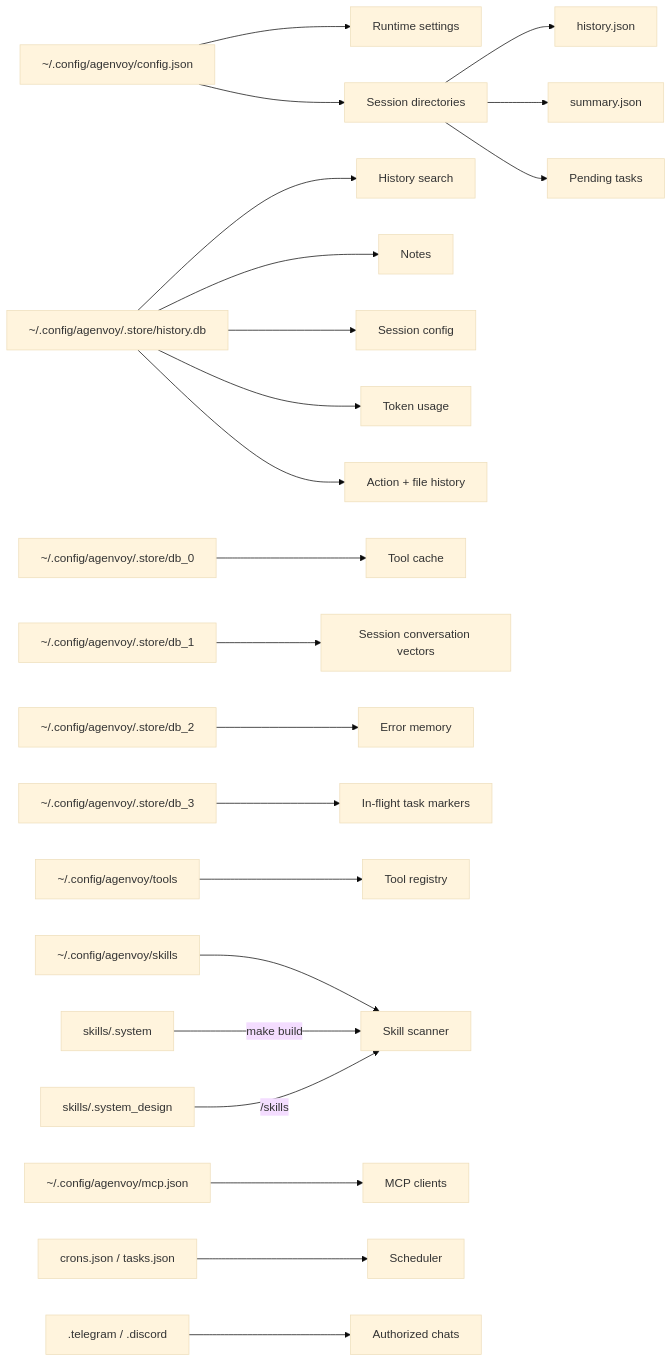
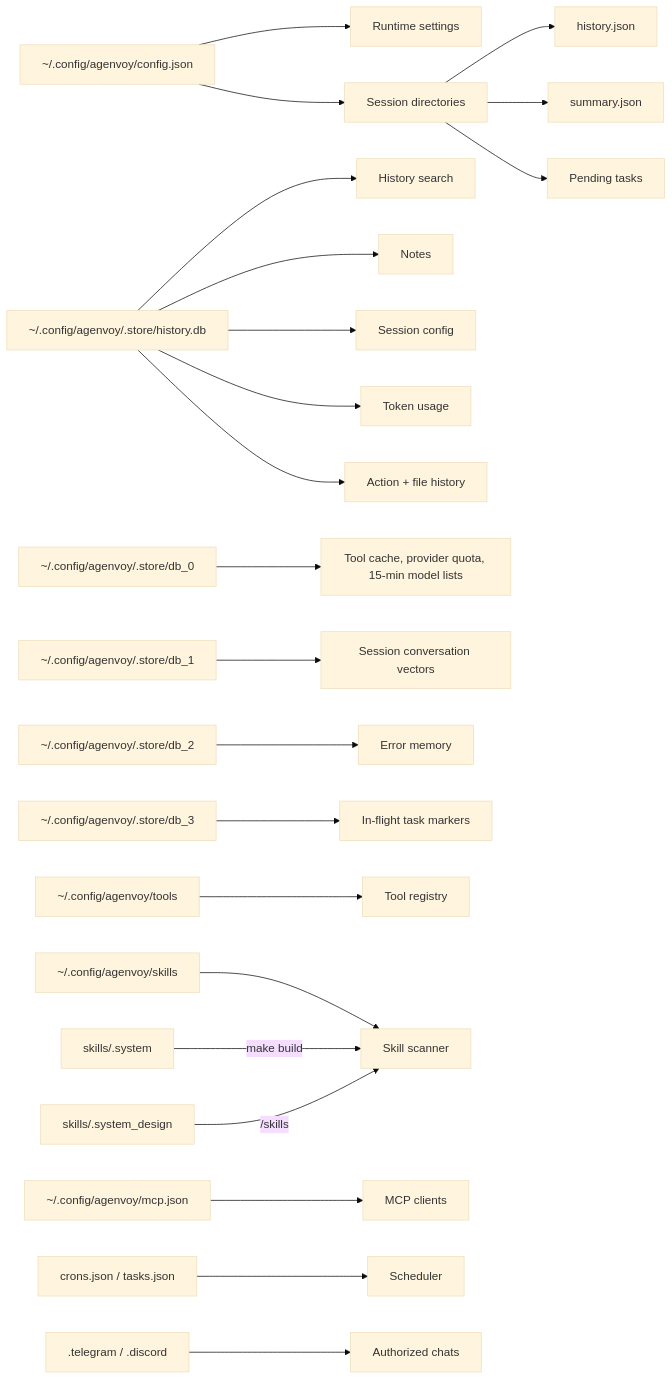
One commit to agenvoy/Agenvoy changed the ninth of 9 diagrams in doc/architecture.md. Above: the diagram before and after it, drawn with Mermaid (base theme). The commit also changed other lines of this file and 3 other files, not shown here.

Commit message:
doc: Document TypeSafe routing, auto reasoning, and provider model caching

````diff
--- a/doc/architecture.md
+++ b/doc/architecture.md
@@ -187,24 +187,24 @@
 ```mermaid
 flowchart LR
     Config[~/.config/agenvoy/config.json] --> Runtime[Runtime settings]
     Config --> Sessions[Session directories]
     Sessions --> History[history.json]
     Sessions --> Summary[summary.json]
     Sessions --> Pending[Pending tasks]
     SQLite[~/.config/agenvoy/.store/history.db] --> Search[History search]
     SQLite --> Note[Notes]
     SQLite --> SessionConfig[Session config]
     SQLite --> Usage[Token usage]
     SQLite --> ActionHistory[Action + file history]
-    Torii0[~/.config/agenvoy/.store/db_0] --> ToolCache[Tool cache]
+    Torii0[~/.config/agenvoy/.store/db_0] --> ToolCache[Tool cache, provider quota, 15-min model lists]
     Torii1[~/.config/agenvoy/.store/db_1] --> SessionMemory[Session conversation vectors]
     Torii2[~/.config/agenvoy/.store/db_2] --> ErrorMemory[Error memory]
     Torii3[~/.config/agenvoy/.store/db_3] --> Online[In-flight task markers]
     Tools[~/.config/agenvoy/tools] --> Registry[Tool registry]
     Skills[~/.config/agenvoy/skills] --> Scanner[Skill scanner]
     SystemSkills[skills/.system] -->|make build| Scanner
     DesignSkills[skills/.system_design] -->|/skills| Scanner
     MCP[~/.config/agenvoy/mcp.json] --> MCPClient[MCP clients]
     Schedules[crons.json / tasks.json] --> Scheduler[Scheduler]
     Auth[.telegram / .discord] --> Channels[Authorized chats]
 ```
````
